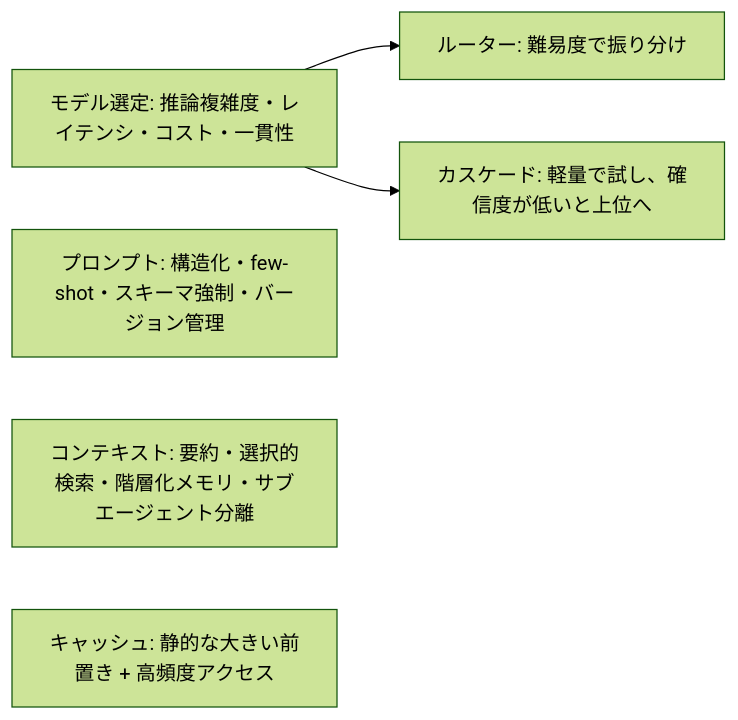
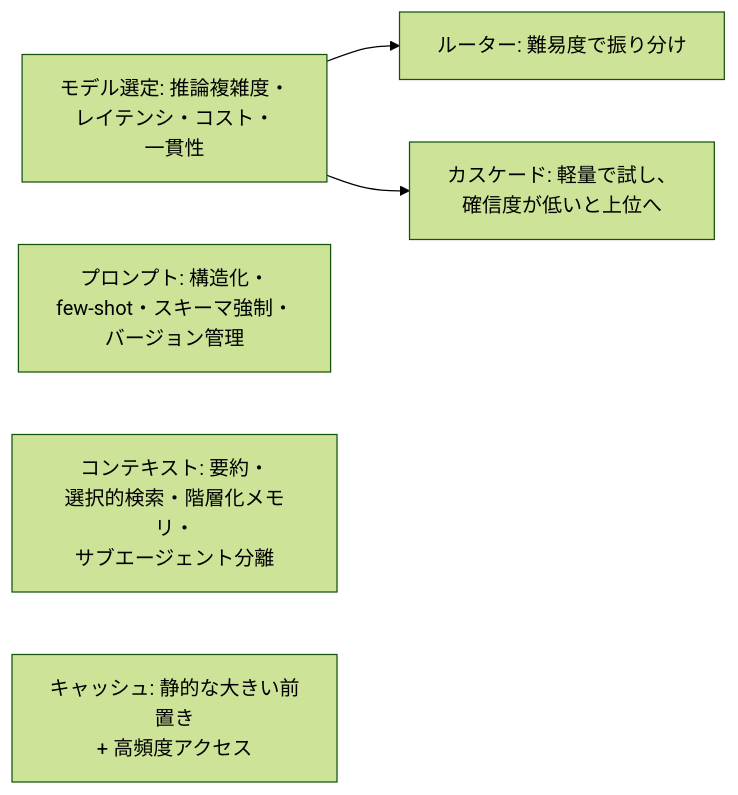
One commit to shingo0321/study changed the seventh of 8 diagrams in claude/architect-professional/overview.md. Above: the diagram before and after it, drawn with Mermaid (forest theme). The commit also changed other lines of this file and 5 other files, not shown here.

First line of the commit message:
Mermaid俯瞰図を横スクロールなしで表示できるよう調整

````diff
--- a/claude/architect-professional/overview.md
+++ b/claude/architect-professional/overview.md
@@ -203,8 +203,8 @@
 ```mermaid
 flowchart LR
-  M["モデル選定: 推論複雑度・レイテンシ・コスト・一貫性"] --> RT["ルーター: 難易度で振り分け"]
-  M --> CS["カスケード: 軽量で試し、確信度が低いと上位へ"]
-  P["プロンプト: 構造化・few-shot・スキーマ強制・バージョン管理"]
-  C["コンテキスト: 要約・選択的検索・階層化メモリ・サブエージェント分離"]
-  K["キャッシュ: 静的な大きい前置き + 高頻度アクセス"]
+  M["モデル選定: 推論複雑度・<br/>レイテンシ・コスト・<br/>一貫性"] --> RT["ルーター: 難易度で振り分け"]
+  M --> CS["カスケード: 軽量で試し、<br/>確信度が低いと上位へ"]
+  P["プロンプト: 構造化・<br/>few-shot・スキーマ強制・<br/>バージョン管理"]
+  C["コンテキスト: 要約・<br/>選択的検索・階層化メモリ・<br/>サブエージェント分離"]
+  K["キャッシュ: 静的な大きい前置き<br/>+ 高頻度アクセス"]
 ```
````
